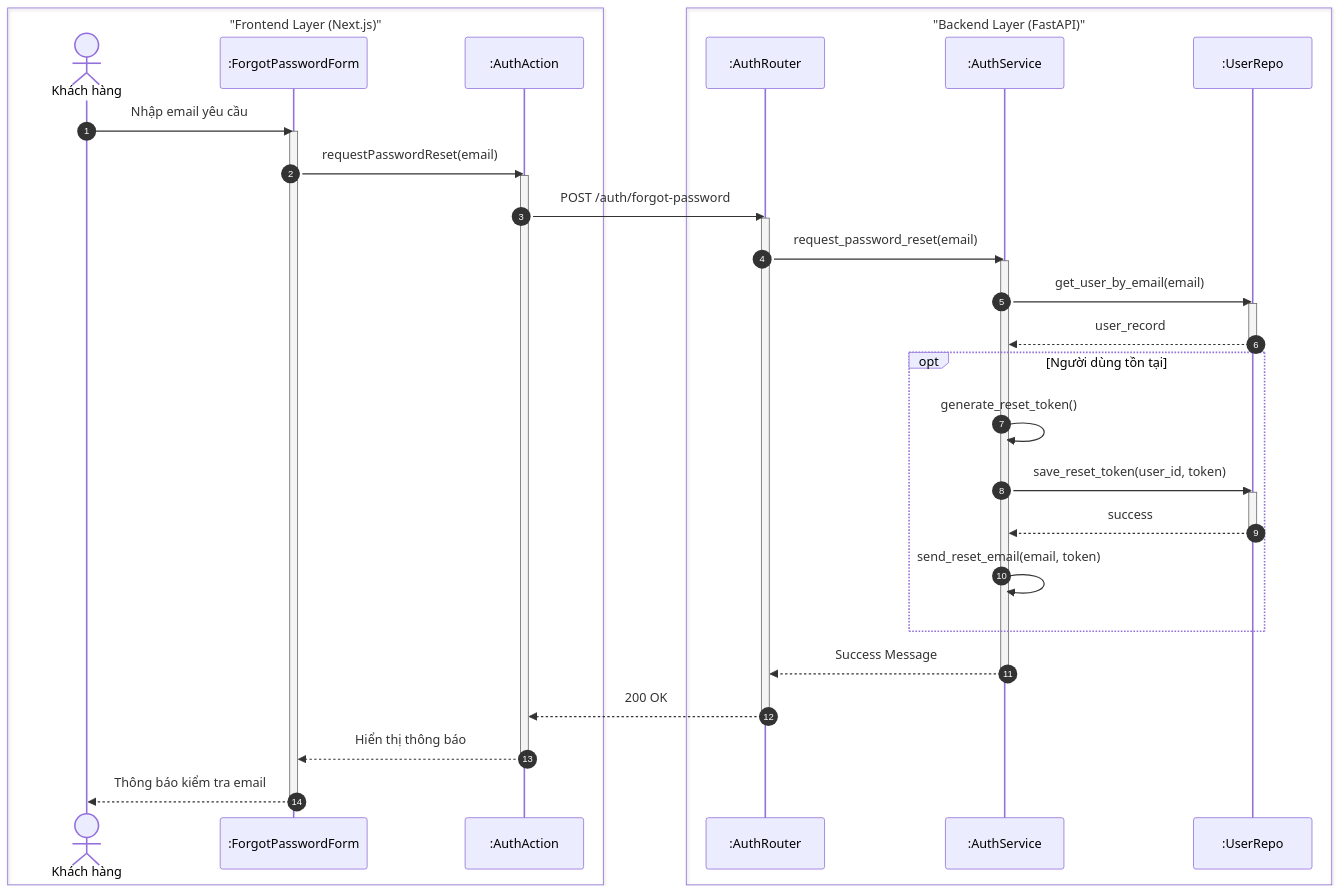
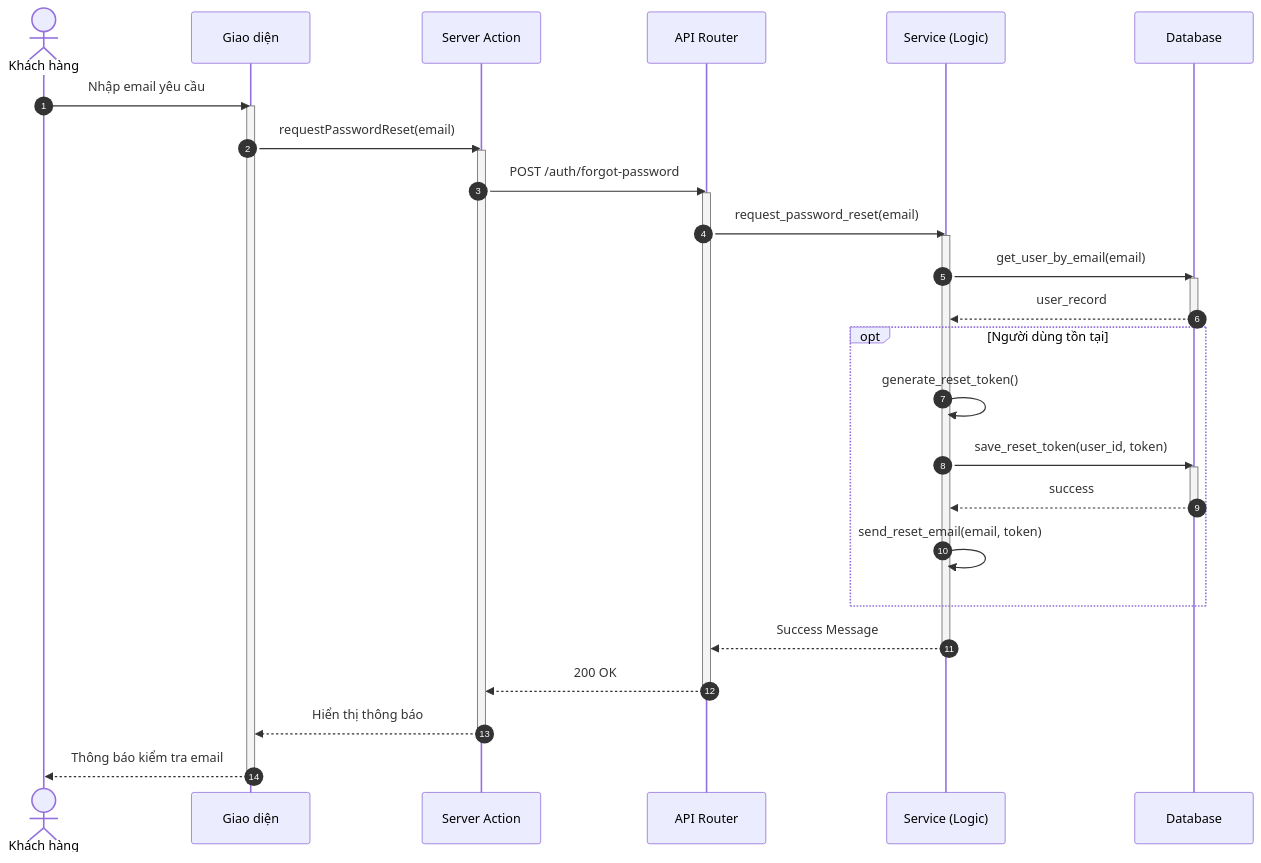
Before and after one commit to ngoctinn/Synapse: the fourth of 8 diagrams in docs/design/sequences/authentication.md, drawn with Mermaid. The commit also changed other lines of this file and 4 other files, not shown here.

Commit message:
docs: Add initial sequence diagrams for admin, authentication, customer, receptionist, and technician flows.

````diff
--- a/docs/design/sequences/authentication.md
+++ b/docs/design/sequences/authentication.md
@@ -193,52 +178,47 @@
 ```mermaid
 sequenceDiagram
     autonumber
-    box "Frontend Layer (Next.js)"
-        actor KH as Khách hàng
-        participant UI as :ForgotPasswordForm
-        participant BFF as :AuthAction
-    end
-
-    box "Backend Layer (FastAPI)"
-        participant API as :AuthRouter
-        participant S as :AuthService
-        participant DB as :UserRepo
-    end
+    actor KH as Khách hàng
+    participant UI as Giao diện
+    participant BFF as Server Action
+    participant API as API Router
+    participant S as Service (Logic)
+    participant DB as Database
 
     KH->>UI: Nhập email yêu cầu
     activate UI
     UI->>BFF: requestPasswordReset(email)
     activate BFF
 
     BFF->>API: POST /auth/forgot-password
     activate API
 
     API->>S: request_password_reset(email)
     activate S
 
     S->>DB: get_user_by_email(email)
     activate DB
     DB-->>S: user_record
     deactivate DB
 
     opt Người dùng tồn tại
         S->>S: generate_reset_token()
         S->>DB: save_reset_token(user_id, token)
         activate DB
         DB-->>S: success
         deactivate DB
         S->>S: send_reset_email(email, token)
     end
 
     S-->>API: Success Message
     deactivate S
 
     API-->>BFF: 200 OK
     deactivate API
 
     BFF-->>UI: Hiển thị thông báo
     deactivate BFF
 
     UI-->>KH: Thông báo kiểm tra email
     deactivate UI
 ```
````
